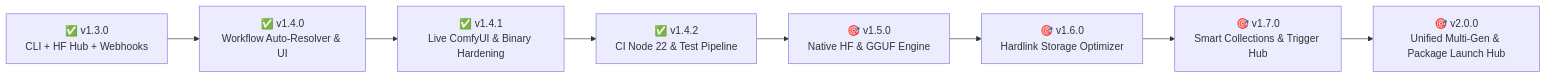
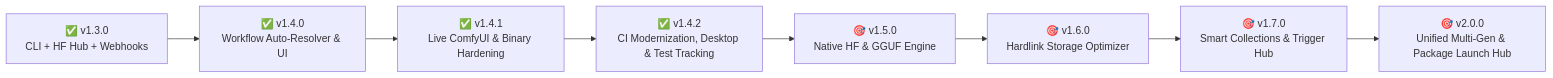
One commit to DevNullInc/Civitai-manager-ComfyUI changed the diagram in ROADMAP.md. Above: the diagram before and after it, drawn with Mermaid. The commit also changed other lines of this file and 24 other files, not shown here.

First line of the commit message:
fix(linux): configure desktopName and syncDesktopName, enable Node 24 actions, integrate app icons, and ignore ReleaseNotesDraft

````diff
--- a/ROADMAP.md
+++ b/ROADMAP.md
@@ -9,10 +9,10 @@
 ```mermaid
 graph LR
     v13["✅ v1.3.0<br/>CLI + HF Hub + Webhooks"] --> v14["✅ v1.4.0<br/>Workflow Auto-Resolver & UI"]
     v14 --> v141["✅ v1.4.1<br/>Live ComfyUI & Binary Hardening"]
-    v141 --> v142["✅ v1.4.2<br/>CI Node 22 & Test Pipeline"]
+    v141 --> v142["✅ v1.4.2<br/>CI Modernization, Desktop & Test Tracking"]
     v142 --> v15["🎯 v1.5.0<br/>Native HF & GGUF Engine"]
     v15 --> v16["🎯 v1.6.0<br/>Hardlink Storage Optimizer"]
     v16 --> v17["🎯 v1.7.0<br/>Smart Collections & Trigger Hub"]
     v17 --> v20["🎯 v2.0.0<br/>Unified Multi-Gen & Package Launch Hub"]
 ```
````
